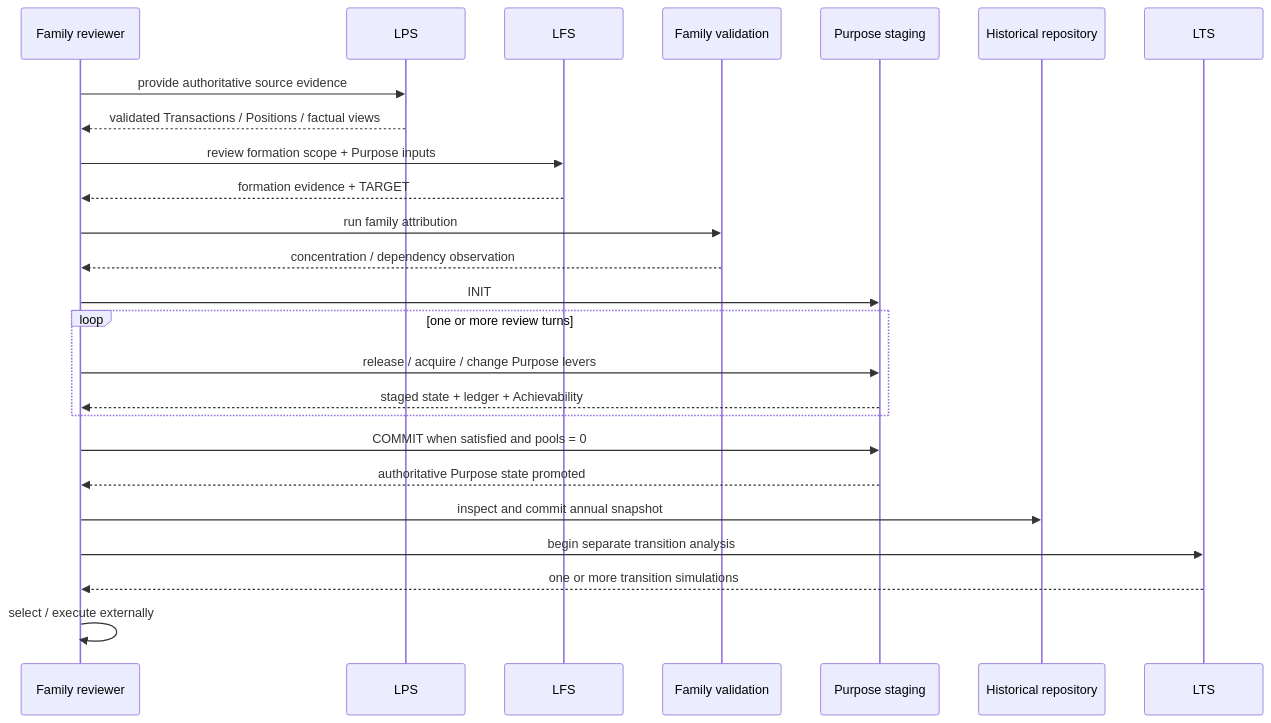
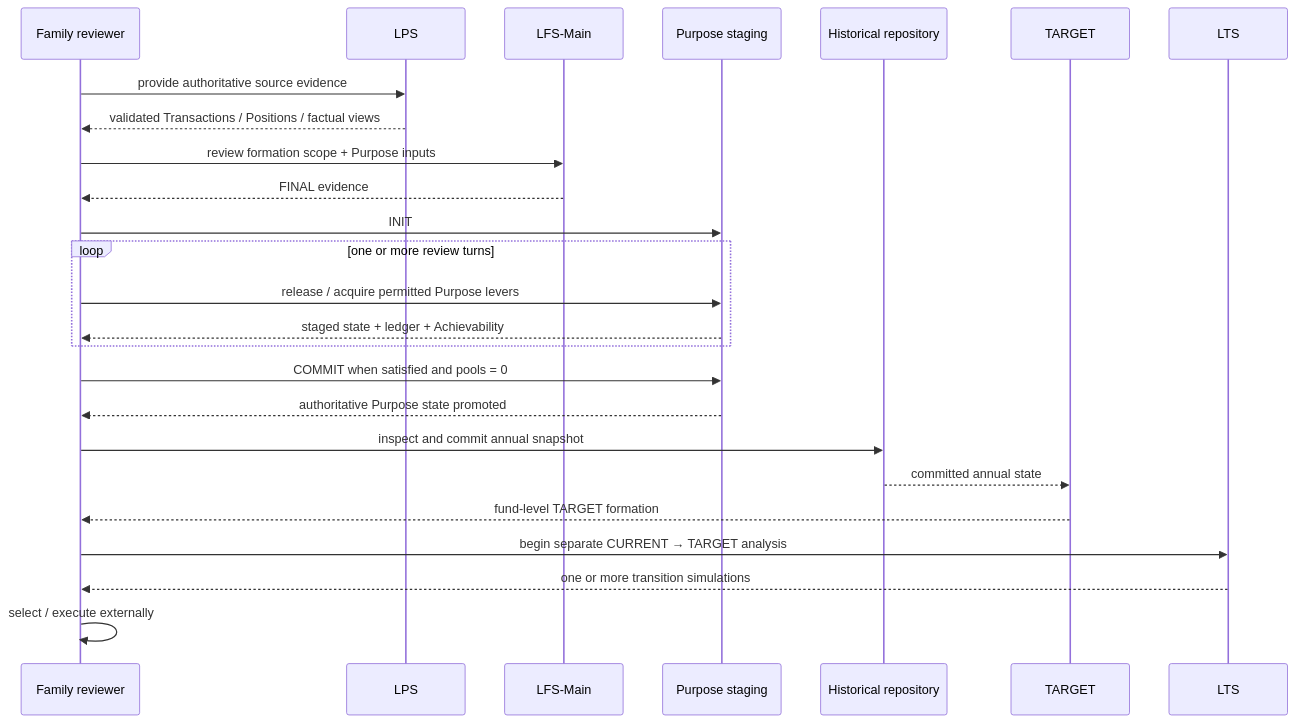
Before and after one commit to rrajeshkannan/lakshya: the second of 13 diagrams in docs/Lakshya_Pipeline_Sequence.md, drawn with Mermaid. The commit also changed other lines of this file, not shown here.

Commit message:
Update execution sequence and remove obsolete family validation

````diff
--- a/docs/Lakshya_Pipeline_Sequence.md
+++ b/docs/Lakshya_Pipeline_Sequence.md
@@ -106,28 +109,28 @@
 ```mermaid
 sequenceDiagram
     participant Reviewer as Family reviewer
     participant LPS as LPS
-    participant LFS as LFS
-    participant Family as Family validation
+    participant LFS as LFS-Main
     participant Stage as Purpose staging
     participant Git as Historical repository
+    participant Target as TARGET
     participant LTS as LTS
 
     Reviewer->>LPS: provide authoritative source evidence
     LPS-->>Reviewer: validated Transactions / Positions / factual views
     Reviewer->>LFS: review formation scope + Purpose inputs
-    LFS-->>Reviewer: formation evidence + TARGET
-    Reviewer->>Family: run family attribution
-    Family-->>Reviewer: concentration / dependency observation
+    LFS-->>Reviewer: FINAL evidence
     Reviewer->>Stage: INIT
     loop one or more review turns
-        Reviewer->>Stage: release / acquire / change Purpose levers
+        Reviewer->>Stage: release / acquire permitted Purpose levers
         Stage-->>Reviewer: staged state + ledger + Achievability
     end
     Reviewer->>Stage: COMMIT when satisfied and pools = 0
     Stage-->>Reviewer: authoritative Purpose state promoted
     Reviewer->>Git: inspect and commit annual snapshot
-    Reviewer->>LTS: begin separate transition analysis
+    Git-->>Target: committed annual state
+    Target-->>Reviewer: fund-level TARGET formation
+    Reviewer->>LTS: begin separate CURRENT → TARGET analysis
     LTS-->>Reviewer: one or more transition simulations
     Reviewer->>Reviewer: select / execute externally
 ```
````
